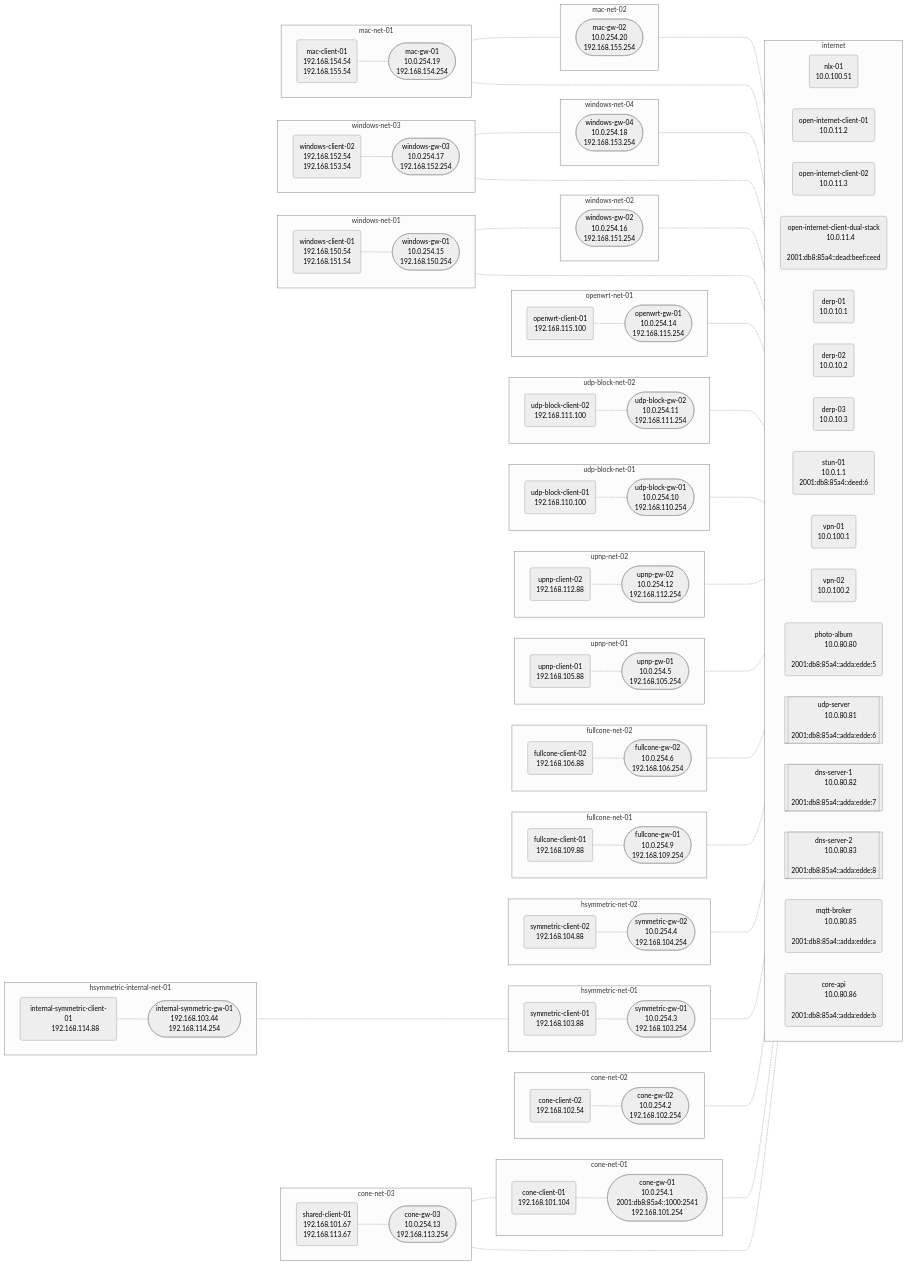
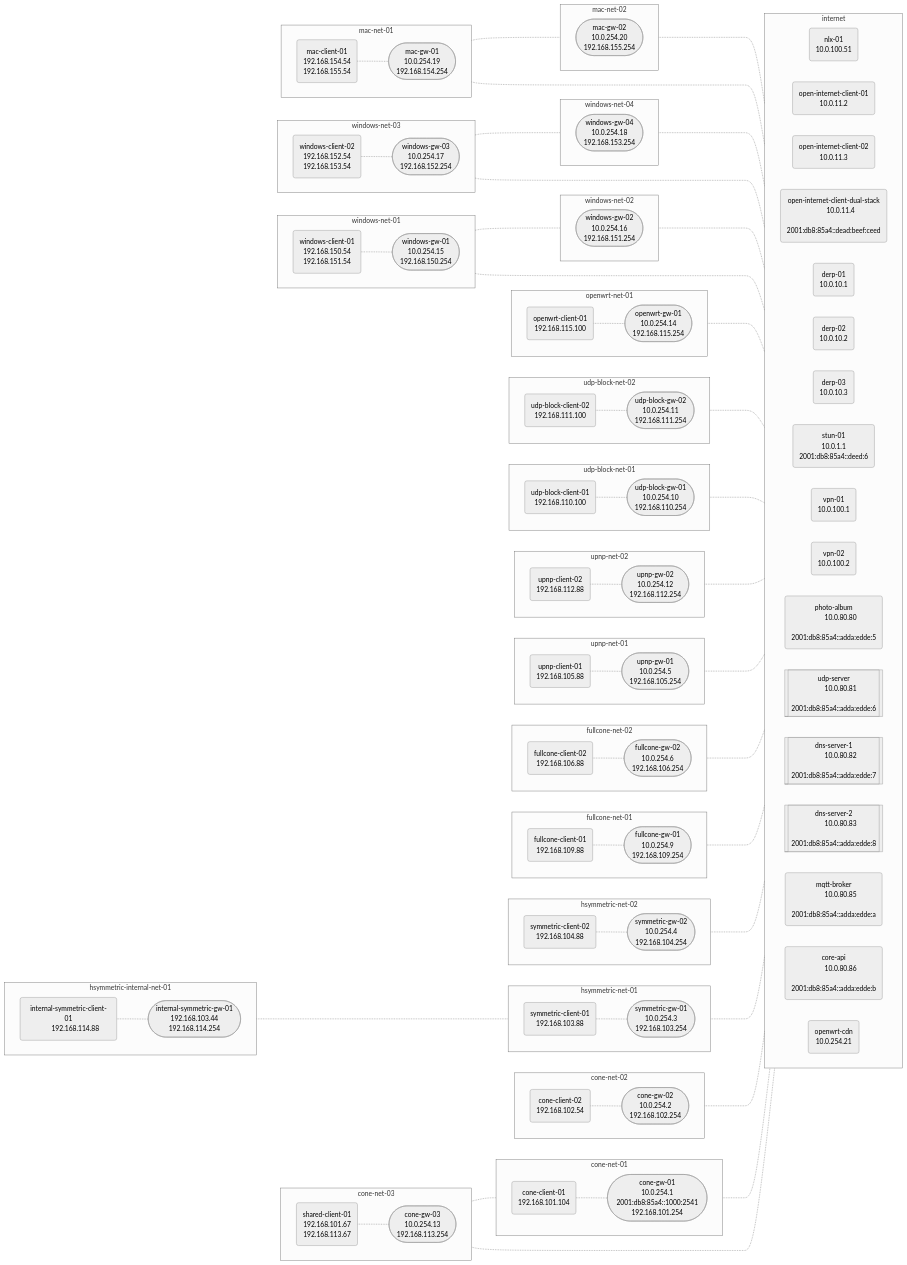
One commit to NordSecurity/libtelio changed the diagram in nat-lab/network.md. Above: the diagram before and after it, drawn with Mermaid (neutral theme).

Commit message:
Add openwrt-cdn container to network.md

```diff
--- a/nat-lab/network.md
+++ b/nat-lab/network.md
@@ -46,6 +46,8 @@
     core-api("core-api
         10.0.80.86
         2001:db8:85a4::adda:edde:b")
+    openwrt-cdn("openwrt-cdn
+        10.0.254.21")
   end
 
   %% Network cone-net-03
```
